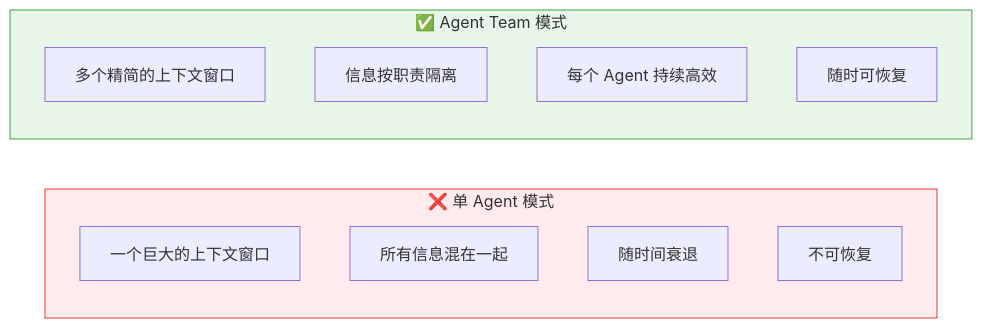
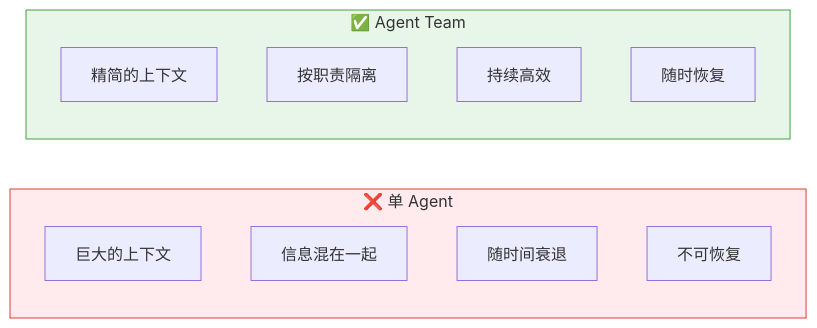
Before and after one commit to strommmm/storms-claude-configuration: diagram 12 of 13 in docs/design-philosophy.md, drawn with Mermaid. The commit also changed other lines of this file, not shown here.

````diff
--- a/docs/design-philosophy.md
+++ b/docs/design-philosophy.md
@@ -574,19 +465,19 @@
 ```mermaid
 graph LR
-    subgraph single ["❌ 单 Agent 模式"]
-        s1["一个巨大的上下文窗口"]
-        s2["所有信息混在一起"]
+    subgraph single ["❌ 单 Agent"]
+        s1["巨大的上下文"]
+        s2["信息混在一起"]
         s3["随时间衰退"]
         s4["不可恢复"]
     end
 
-    subgraph team ["✅ Agent Team 模式"]
-        t1["多个精简的上下文窗口"]
-        t2["信息按职责隔离"]
-        t3["每个 Agent 持续高效"]
-        t4["随时可恢复"]
+    subgraph team ["✅ Agent Team"]
+        t1["精简的上下文"]
+        t2["按职责隔离"]
+        t3["持续高效"]
+        t4["随时恢复"]
     end
 
     style single fill:#FFEBEE,stroke:#E53935
     style team fill:#E8F5E9,stroke:#43A047
 ```
````
